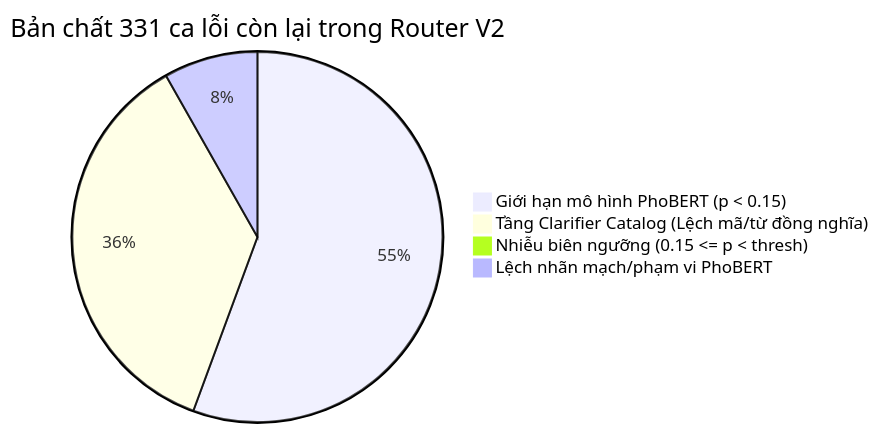
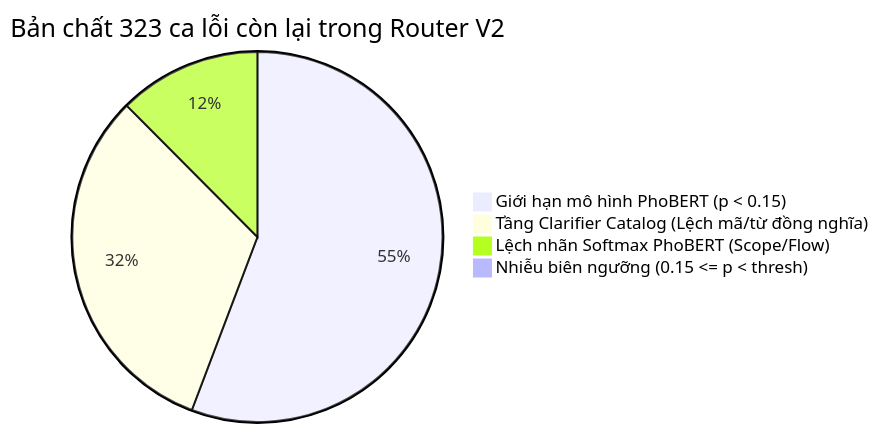
The fourth of 4 diagrams in docs/reports/bao-cao-phan-loai-nhan-va-actions.md (qtamtensor05/ViGovBot), drawn with Mermaid before and after one commit. The commit also changed other lines of this file and 9 other files, not shown here.

First line of the commit message:
Enhance catalog retrieval and normalization in Clarifier

````diff
--- a/docs/reports/bao-cao-phan-loai-nhan-va-actions.md
+++ b/docs/reports/bao-cao-phan-loai-nhan-va-actions.md
@@ -879,7 +897,7 @@
 ```mermaid
-pie title Bản chất 331 ca lỗi còn lại trong Router V2
-    "Giới hạn mô hình PhoBERT (p < 0.15)" : 183
-    "Tầng Clarifier Catalog (Lệch mã/từ đồng nghĩa)" : 119
+pie title Bản chất 323 ca lỗi còn lại trong Router V2
+    "Giới hạn mô hình PhoBERT (p < 0.15)" : 179
+    "Tầng Clarifier Catalog (Lệch mã/từ đồng nghĩa)" : 102
+    "Lệch nhãn Softmax PhoBERT (Scope/Flow)" : 40
     "Nhiễu biên ngưỡng (0.15 <= p < thresh)" : 2
-    "Lệch nhãn mạch/phạm vi PhoBERT" : 27
 ```
````
